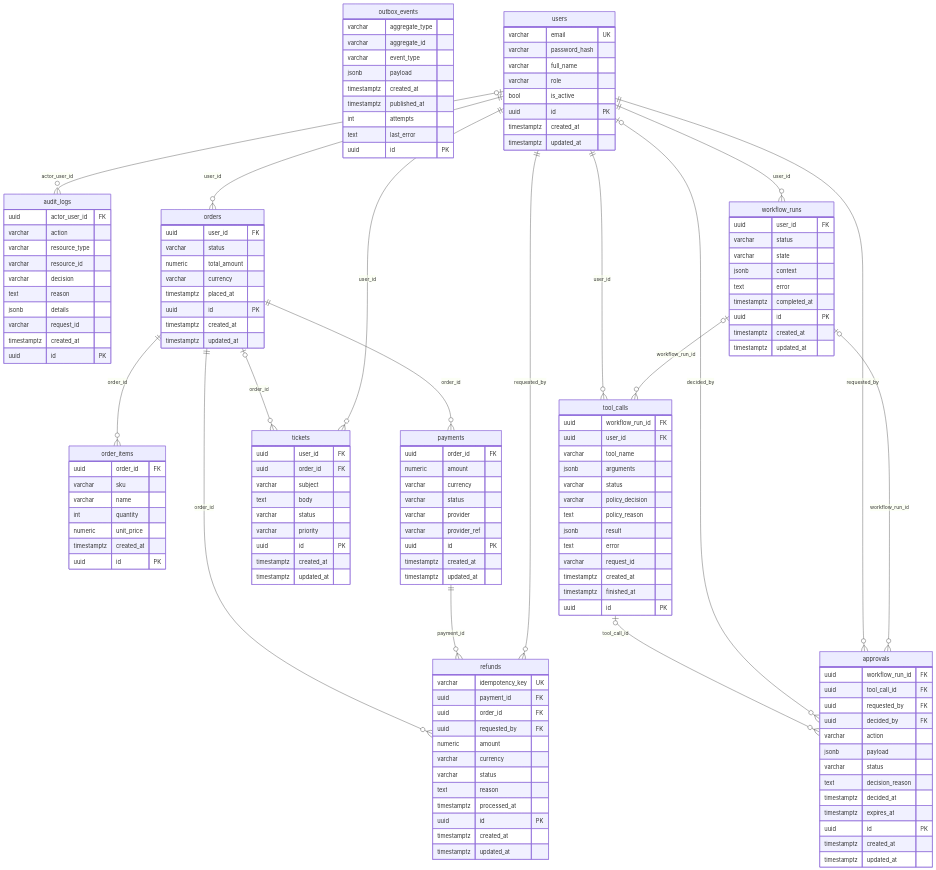
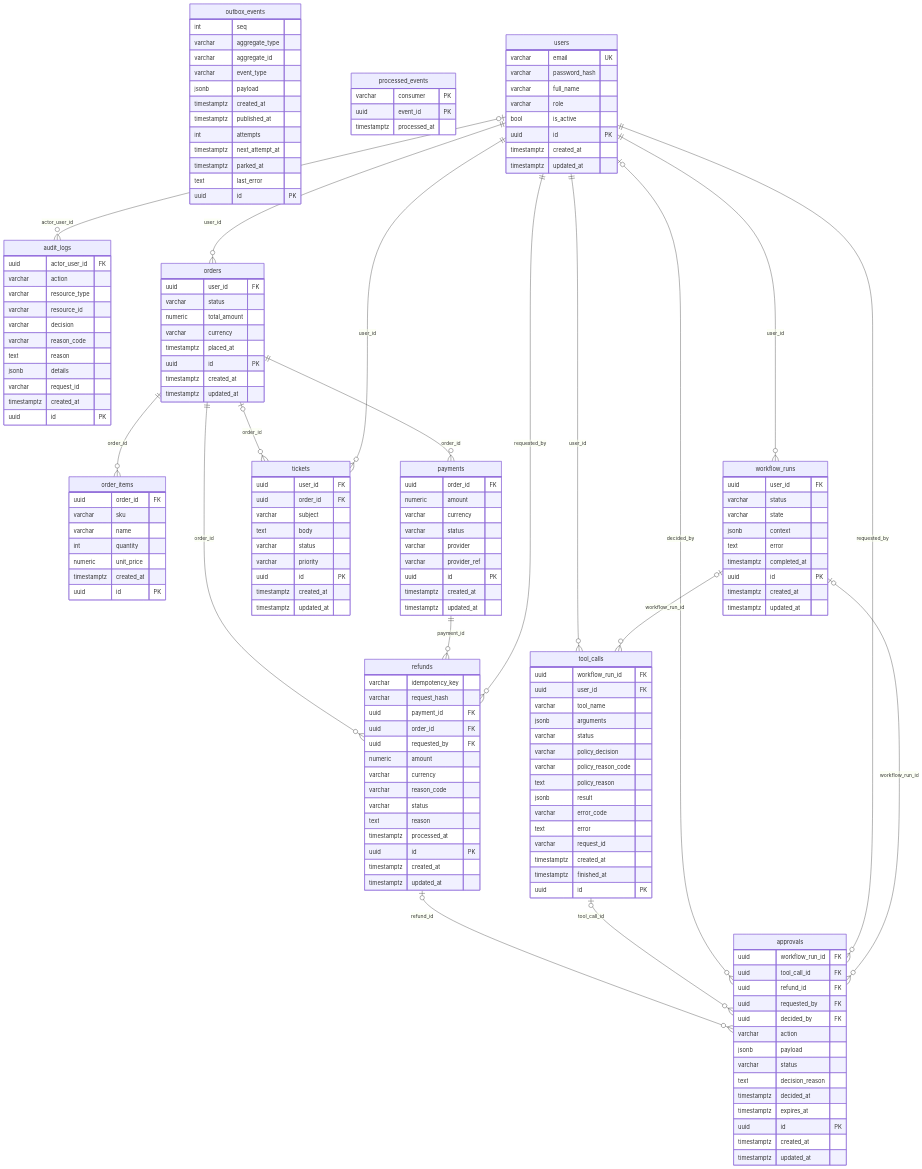
One commit to lokakshworkspace-creator/ai-customer-ops-platform changed the seventh of 7 diagrams in docs/architecture.md. Above: the diagram before and after it, drawn with Mermaid. The commit also changed other lines of this file, not shown here.

Commit message:
docs/architecture.md: Phase 2 as built (tool pipeline, refund and event-pipeline flows, locking, 12-table ER regenerated from the models, module layout from git ls-files)

```diff
--- a/docs/architecture.md
+++ b/docs/architecture.md
@@ -151,6 +288,7 @@
     approvals {
         uuid workflow_run_id FK
         uuid tool_call_id FK
+        uuid refund_id FK
         uuid requested_by FK
         uuid decided_by FK
         varchar action
@@ -169,6 +307,7 @@
         varchar resource_type
         varchar resource_id
         varchar decision
+        varchar reason_code
         text reason
         jsonb details
         varchar request_id
@@ -195,6 +334,7 @@
         timestamptz updated_at
     }
     outbox_events {
+        int seq
         varchar aggregate_type
         varchar aggregate_id
         varchar event_type
@@ -202,6 +342,8 @@
         timestamptz created_at
         timestamptz published_at
         int attempts
+        timestamptz next_attempt_at
+        timestamptz parked_at
         text last_error
         uuid id PK
     }
@@ -216,13 +358,20 @@
         timestamptz created_at
         timestamptz updated_at
     }
+    processed_events {
+        varchar consumer PK
+        uuid event_id PK
+        timestamptz processed_at
+    }
     refunds {
-        varchar idempotency_key UK
+        varchar idempotency_key
+        varchar request_hash
         uuid payment_id FK
         uuid order_id FK
         uuid requested_by FK
         numeric amount
         varchar currency
+        varchar reason_code
         varchar status
         text reason
         timestamptz processed_at
@@ -248,8 +397,10 @@
         jsonb arguments
         varchar status
         varchar policy_decision
+        varchar policy_reason_code
         text policy_reason
         jsonb result
+        varchar error_code
         text error
         varchar request_id
         timestamptz created_at
@@ -283,6 +434,7 @@
     orders ||--o{ payments : "order_id"
     orders ||--o{ refunds : "order_id"
     payments ||--o{ refunds : "payment_id"
+    refunds |o--o{ approvals : "refund_id"
     tool_calls |o--o{ approvals : "tool_call_id"
     users |o--o{ approvals : "decided_by"
     users |o--o{ audit_logs : "actor_user_id"
```
